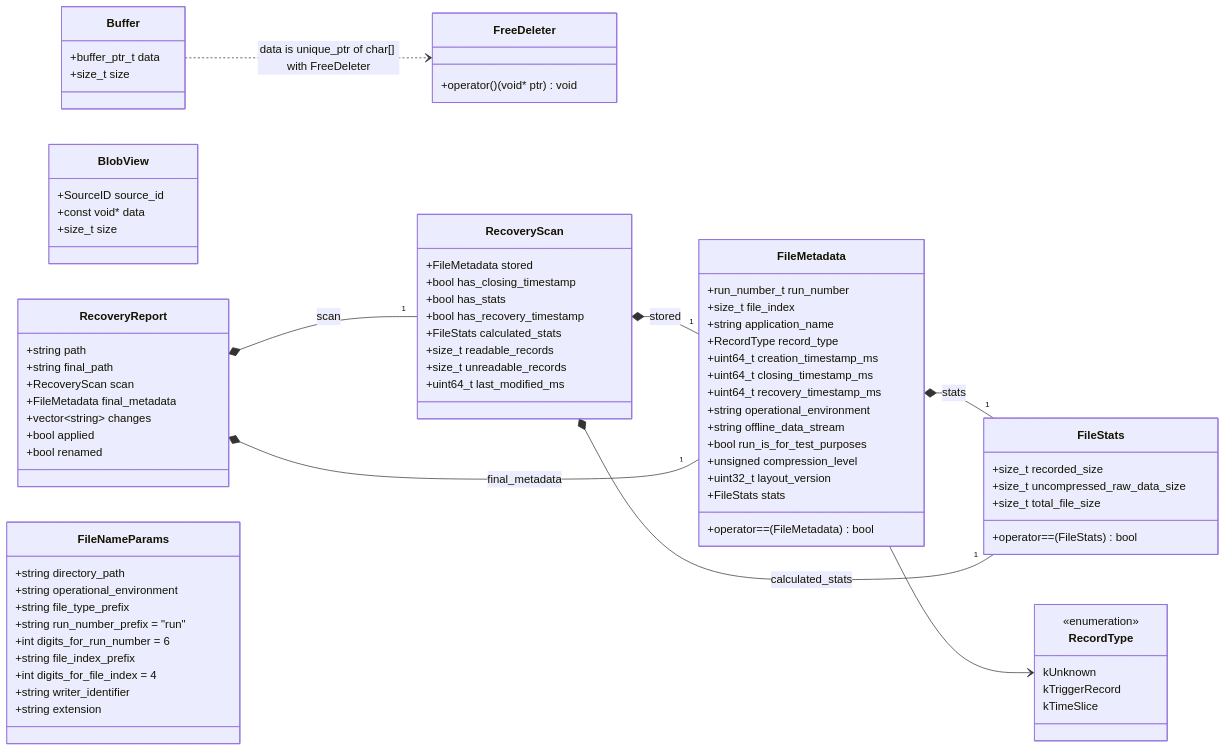
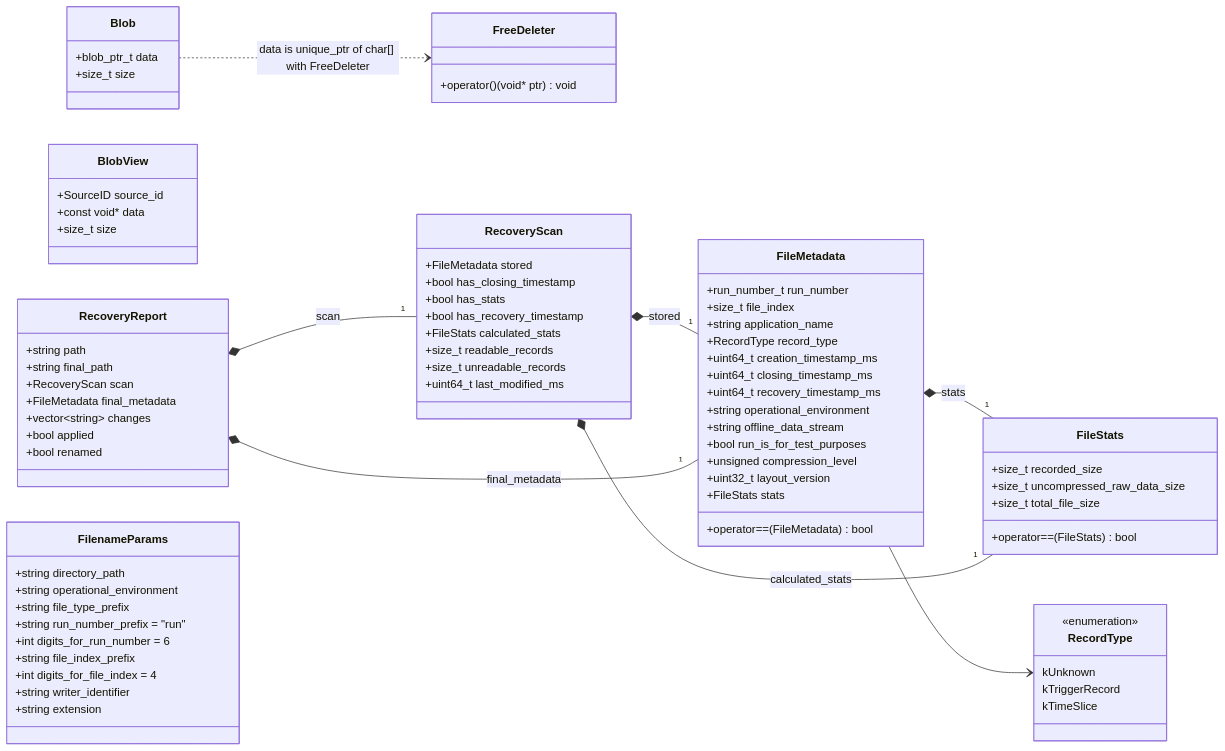
The third of 12 diagrams in docs/DESIGN.md (wesketchum/rawdatafilelibs), drawn with Mermaid before and after one commit. The commit also changed other lines of this file and 4 other files, not shown here.

```diff
--- a/docs/DESIGN.md
+++ b/docs/DESIGN.md
@@ -362,8 +362,8 @@
         +operator==(FileMetadata) bool
     }
 
-    class Buffer {
-        +buffer_ptr_t data
+    class Blob {
+        +blob_ptr_t data
         +size_t size
     }
 
@@ -398,7 +398,7 @@
         +bool renamed
     }
 
-    class FileNameParams {
+    class FilenameParams {
         +string directory_path
         +string operational_environment
         +string file_type_prefix
@@ -412,7 +412,7 @@
 
     FileMetadata *-- "1" FileStats : stats
     FileMetadata --> RecordType
-    Buffer ..> FreeDeleter : data is unique_ptr of char[] with FreeDeleter
+    Blob ..> FreeDeleter : data is unique_ptr of char[] with FreeDeleter
     RecoveryScan *-- "1" FileMetadata : stored
     RecoveryScan *-- "1" FileStats : calculated_stats
     RecoveryReport *-- "1" RecoveryScan : scan
```
